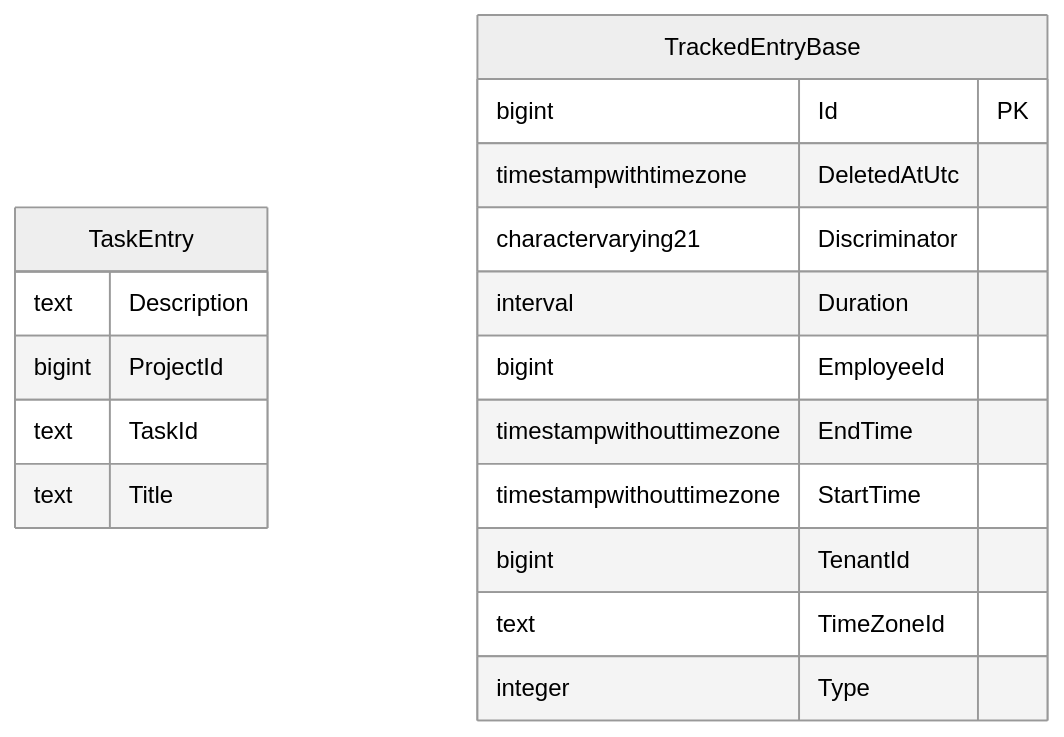
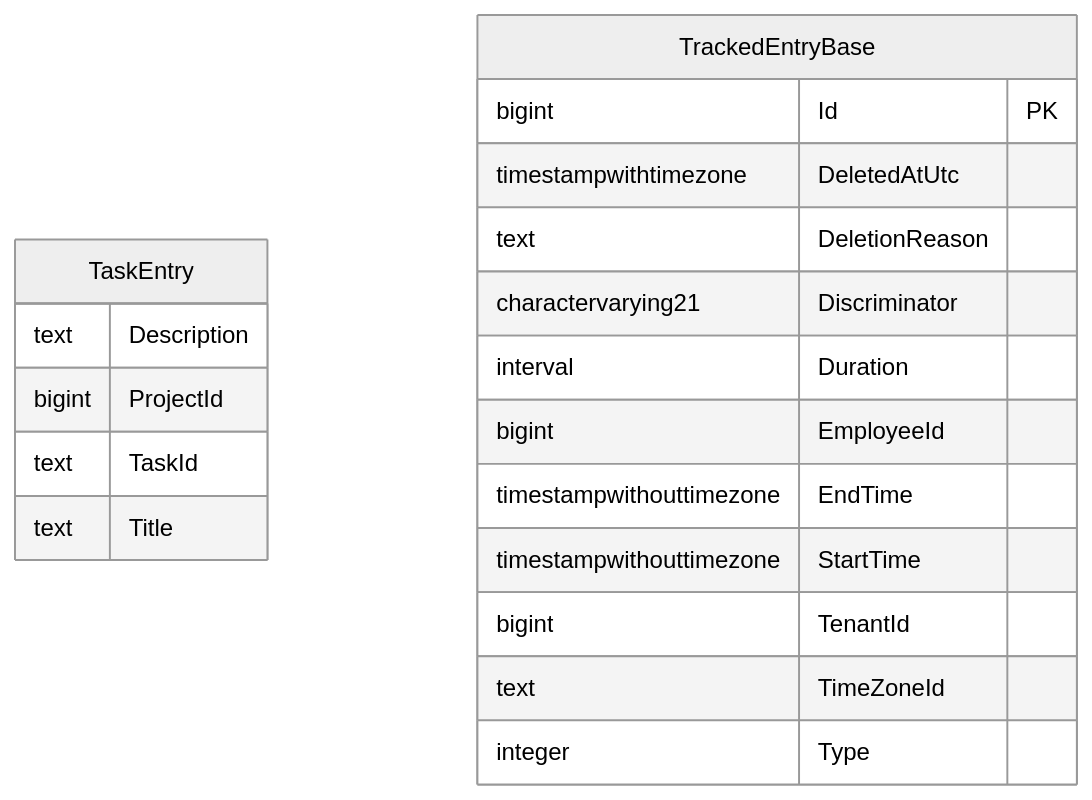
One commit to TourmalineCore/inner-circle-time-api changed the first of 2 diagrams in README.md. Above: the diagram before and after it, drawn with Mermaid.

Commit message:
docs(readme): Update Mermaid DB Schema Diagram in README.md (siren-gen)

````diff
--- a/README.md
+++ b/README.md
@@ -103,22 +103,23 @@
 ```mermaid
 	erDiagram
 	%%{init: {'theme':'neutral'}}%%
 	TaskEntry {
 		text Description 
 		bigint ProjectId 
 		text TaskId 
 		text Title 
 	}
 	TrackedEntryBase {
 		bigint Id PK
 		timestampwithtimezone DeletedAtUtc 
+		text DeletionReason 
 		charactervarying21 Discriminator 
 		interval Duration 
 		bigint EmployeeId 
 		timestampwithouttimezone EndTime 
 		timestampwithouttimezone StartTime 
 		bigint TenantId 
 		text TimeZoneId 
 		integer Type 
 	}
 ```
````
